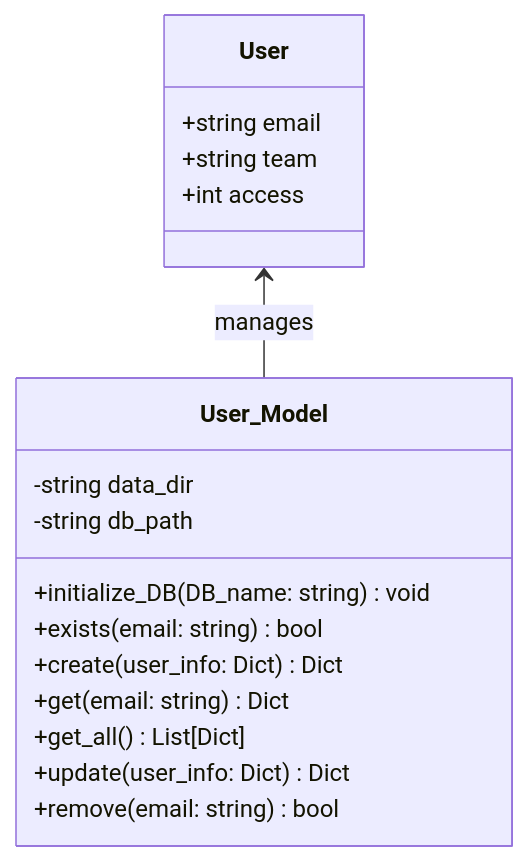
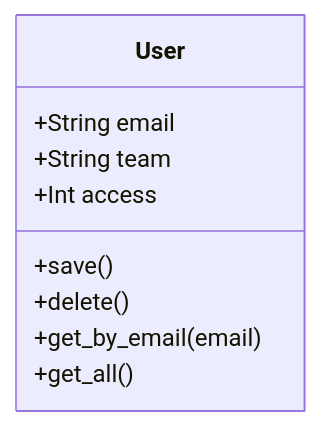
Before and after one commit to MICodeProjects/robosite: the first of 5 diagrams in README.md, drawn with Mermaid. The commit also changed other lines of this file and 22 other files, not shown here.

````diff
--- a/README.md
+++ b/README.md
@@ -68,22 +31,12 @@
 ```mermaid
 classDiagram
     class User {
-        +string email
-        +string team
-        +int access
+        +String email
+        +String team
+        +Int access
+        +save()
+        +delete()
+        +get_by_email(email)
+        +get_all()
     }
-    
-    class User_Model {
-        -string data_dir
-        -string db_path
-        +initialize_DB(DB_name: string) void
-        +exists(email: string) bool
-        +create(user_info: Dict) Dict
-        +get(email: string) Dict
-        +get_all() List[Dict]
-        +update(user_info: Dict) Dict
-        +remove(email: string) bool
-    }
-    
-    User <-- User_Model : manages
 ```
````
